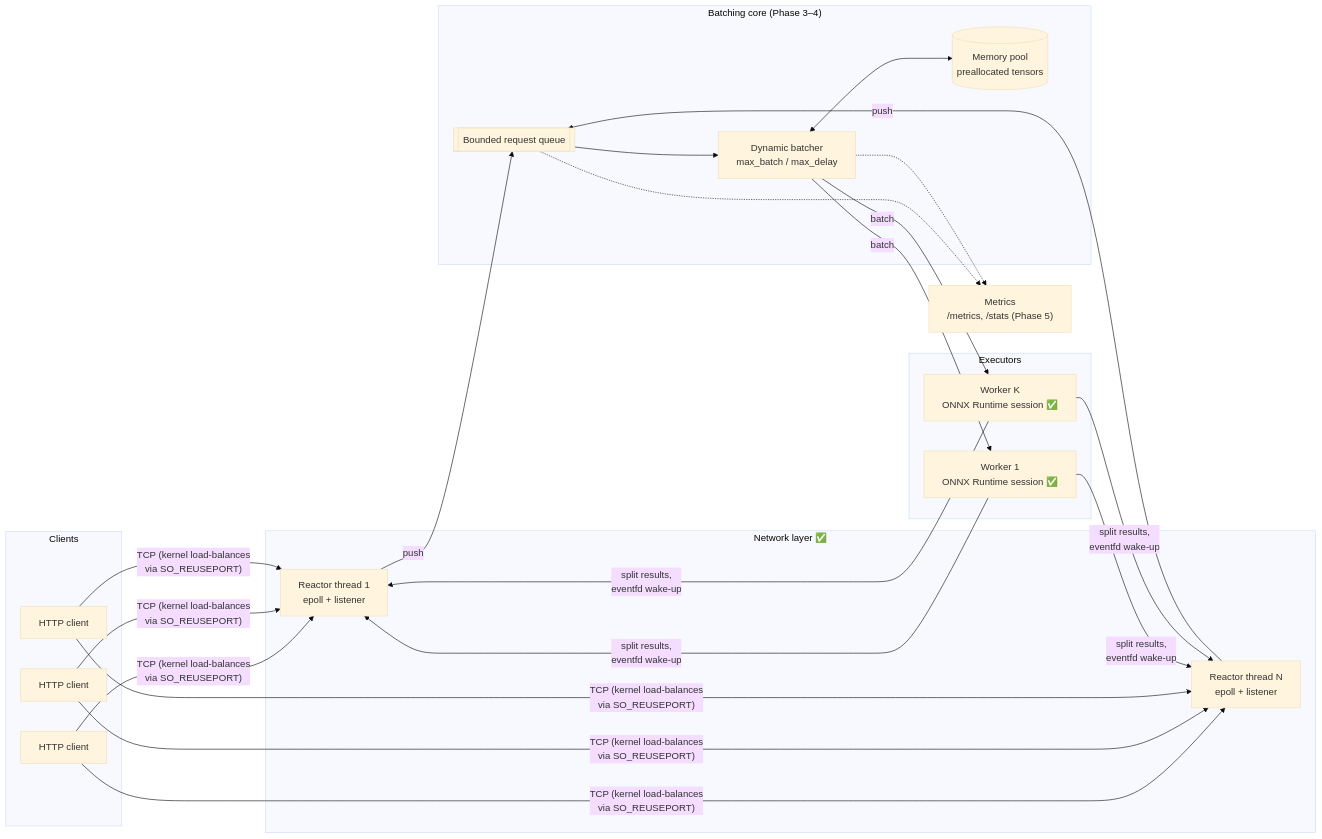
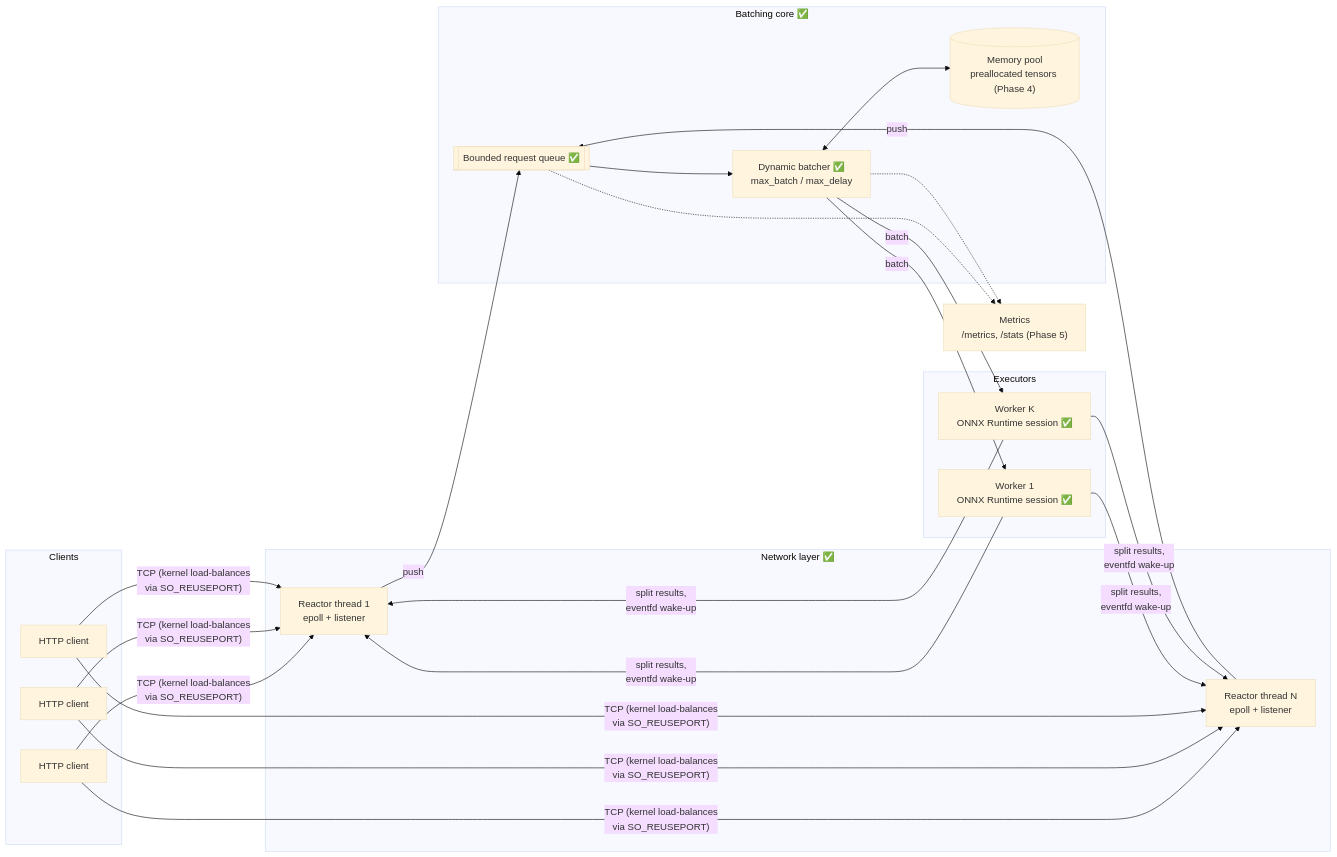
The second of 7 diagrams in README.md (Agent-Twilight7/cpp-ml-inference-server), drawn with Mermaid (base theme) before and after one commit. The commit also changed other lines of this file and 11 other files, not shown here.

````diff
--- a/README.md
+++ b/README.md
@@ -73,34 +101,34 @@
 ```mermaid
 flowchart LR
     subgraph clients[Clients]
         c1[HTTP client]
         c2[HTTP client]
         c3[HTTP client]
     end
 
     subgraph net["Network layer ✅"]
         r1["Reactor thread 1<br/>epoll + listener"]
         r2["Reactor thread N<br/>epoll + listener"]
     end
 
-    subgraph core["Batching core (Phase 3–4)"]
-        q[["Bounded request queue"]]
-        b["Dynamic batcher<br/>max_batch / max_delay"]
-        mp[("Memory pool<br/>preallocated tensors")]
+    subgraph core["Batching core ✅"]
+        q[["Bounded request queue ✅"]]
+        b["Dynamic batcher ✅<br/>max_batch / max_delay"]
+        mp[("Memory pool<br/>preallocated tensors (Phase 4)")]
     end
 
     subgraph exec["Executors"]
         w1["Worker 1<br/>ONNX Runtime session ✅"]
         w2["Worker K<br/>ONNX Runtime session ✅"]
     end
 
     m["Metrics<br/>/metrics, /stats (Phase 5)"]
 
     c1 & c2 & c3 -->|"TCP (kernel load-balances<br/>via SO_REUSEPORT)"| r1 & r2
     r1 & r2 -->|push| q --> b
     b <--> mp
     b -->|batch| w1 & w2
     w1 & w2 -->|"split results,<br/>eventfd wake-up"| r1 & r2
     q -.-> m
     b -.-> m
 ```
````
